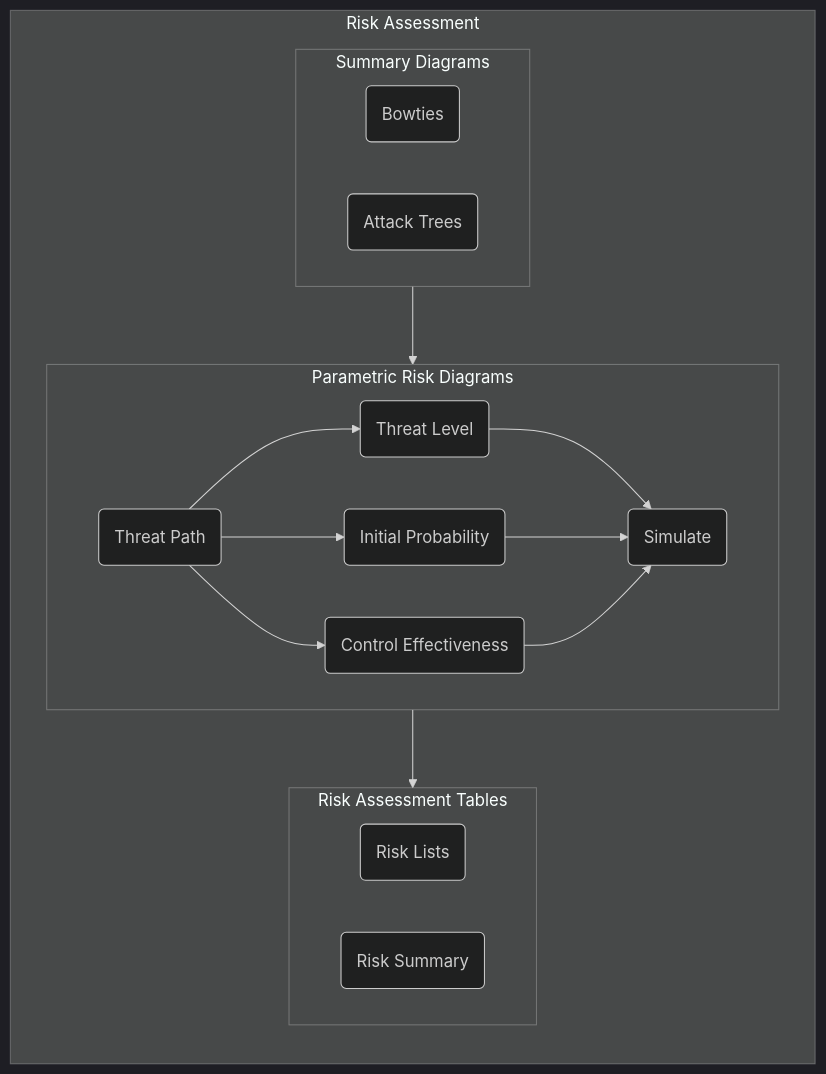
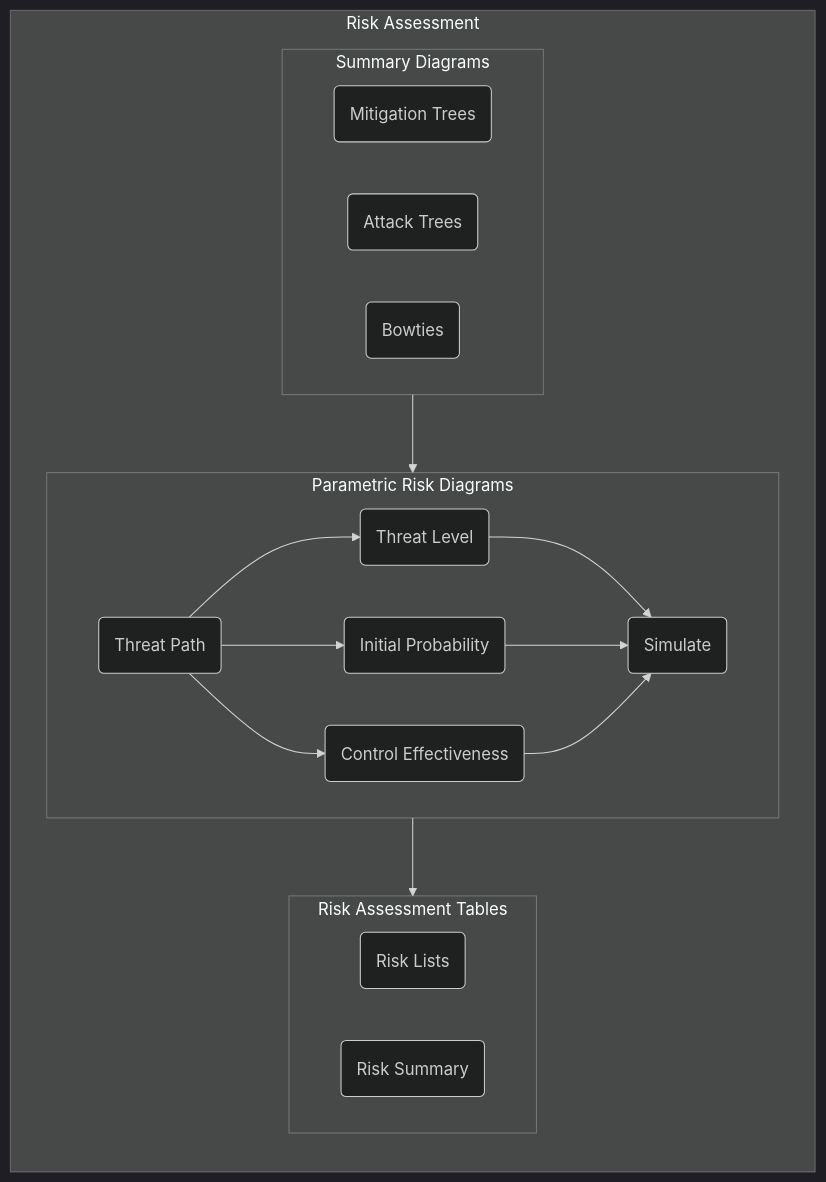
One commit to stuartfowler/CEMT changed the first of 4 diagrams in Documentation/risk.md. Above: the diagram before and after it, drawn with Mermaid (dark theme). The commit also changed other lines of this file and 7 other files, not shown here.

````diff
--- a/Documentation/risk.md
+++ b/Documentation/risk.md
@@ -5,20 +5,21 @@
 ```mermaid
 flowchart TB
   subgraph RA["Risk Assessment"]
     direction TB
     subgraph 6["Summary Diagrams"]
+      6c("Mitigation Trees")
+      6b("Attack Trees")
       6a("Bowties") 
-      6b("Attack Trees")
     end
     subgraph 7["Parametric Risk Diagrams"]
       7a("Threat Path") --> 7b("Threat Level") --> 7e("Simulate")
       7a --> 7c("Initial Probability") --> 7e
       7a --> 7d("Control Effectiveness") --> 7e
     end
     subgraph 8["Risk Assessment Tables"]
       8a("Risk Lists")
       8b("Risk Summary")
     end
     6 --> 7 --> 8
   end
 ```
````
